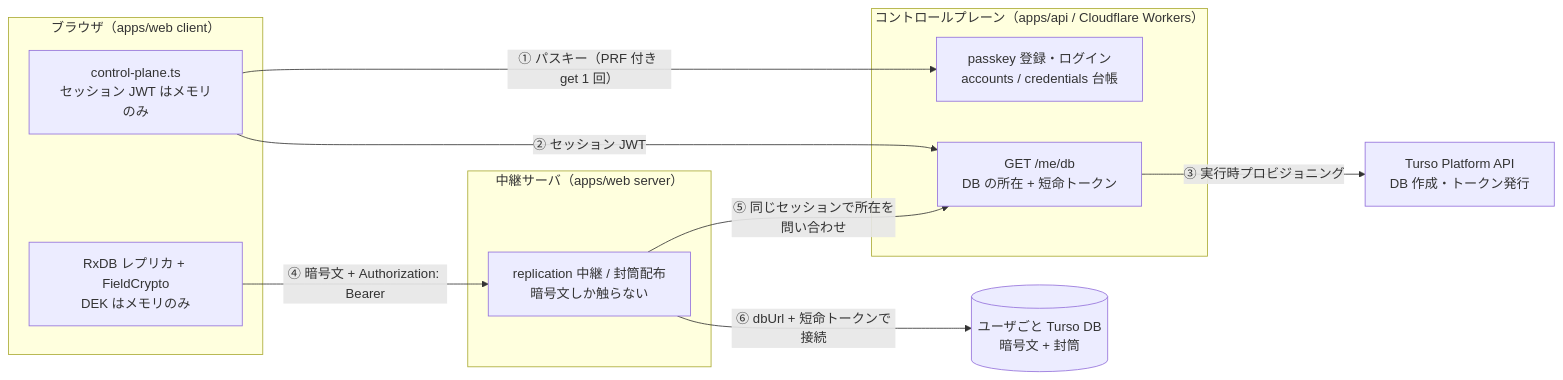
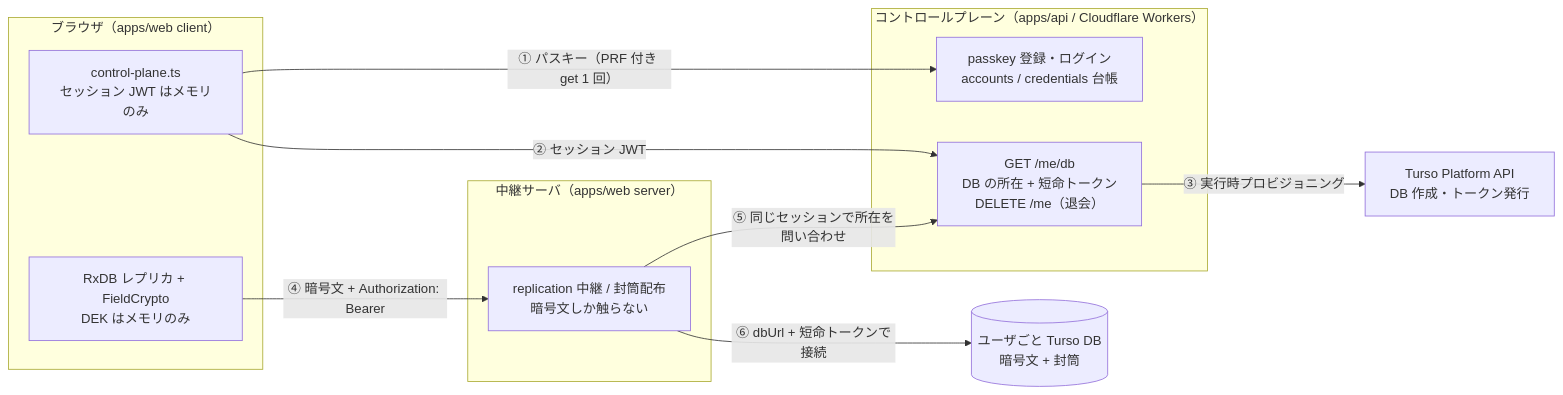
One commit to oda251/zakki changed the diagram in docs/MULTIUSER.md. Above: the diagram before and after it, drawn with Mermaid. The commit also changed other lines of this file and 8 other files, not shown here.

````diff
--- a/docs/MULTIUSER.md
+++ b/docs/MULTIUSER.md
@@ -9,26 +9,26 @@
 ```mermaid
 flowchart LR
   subgraph browser["ブラウザ（apps/web client）"]
     UI["RxDB レプリカ + FieldCrypto<br/>DEK はメモリのみ"]
     CP["control-plane.ts<br/>セッション JWT はメモリのみ"]
   end
 
   subgraph api["コントロールプレーン（apps/api / Cloudflare Workers）"]
     AUTH["passkey 登録・ログイン<br/>accounts / credentials 台帳"]
-    ME["GET /me/db<br/>DB の所在 + 短命トークン"]
+    ME["GET /me/db<br/>DB の所在 + 短命トークン<br/>DELETE /me（退会）"]
   end
 
   subgraph web["中継サーバ（apps/web server）"]
     REL["replication 中継 / 封筒配布<br/>暗号文しか触らない"]
   end
 
   UDB[("ユーザごと Turso DB<br/>暗号文 + 封筒")]
   TURSO["Turso Platform API<br/>DB 作成・トークン発行"]
 
   CP -- "① パスキー（PRF 付き get 1 回）" --> AUTH
   CP -- "② セッション JWT" --> ME
   ME -- "③ 実行時プロビジョニング" --> TURSO
   UI -- "④ 暗号文 + Authorization: Bearer" --> REL
   REL -- "⑤ 同じセッションで所在を問い合わせ" --> ME
   REL -- "⑥ dbUrl + 短命トークンで接続" --> UDB
 ```
````
